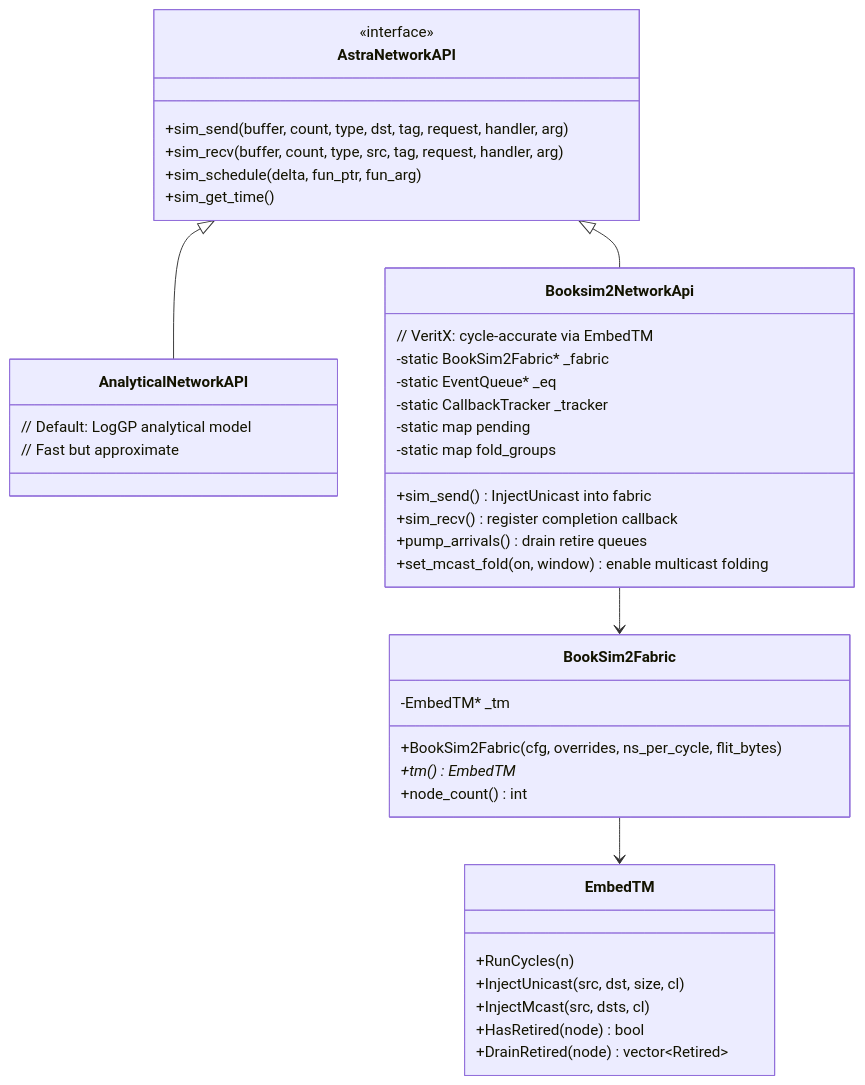
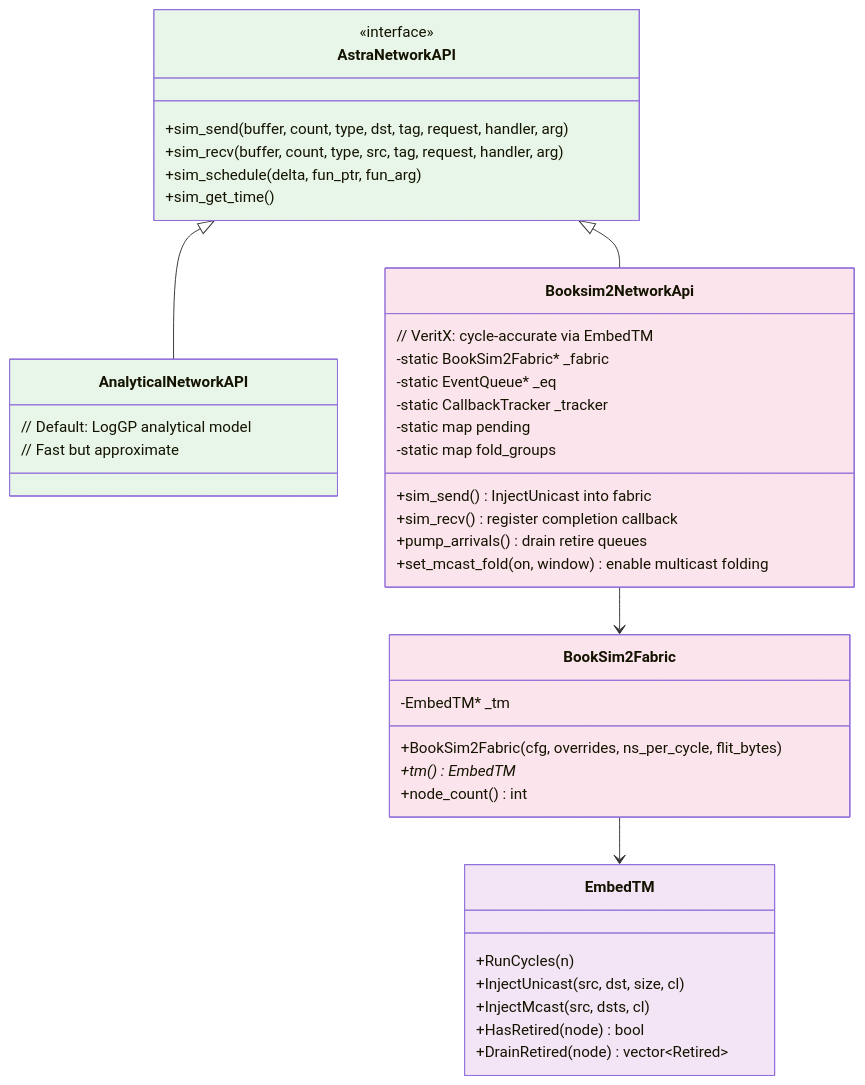
Before and after one commit to Anmol-S314/veritx-research: the fifth of 5 diagrams in serving/README.md, drawn with Mermaid. The commit also changed other lines of this file and 1 other file, not shown here.

First line of the commit message:
docs: color-code all 22 Mermaid diagrams with consistent scheme

````diff
--- a/serving/README.md
+++ b/serving/README.md
@@ -634,48 +657,54 @@
 ```mermaid
 classDiagram
     class AstraNetworkAPI {
         <<interface>>
         +sim_send(buffer, count, type, dst, tag, request, handler, arg)
         +sim_recv(buffer, count, type, src, tag, request, handler, arg)
         +sim_schedule(delta, fun_ptr, fun_arg)
         +sim_get_time()
     }
 
     class AnalyticalNetworkAPI {
         // Default: LogGP analytical model
         // Fast but approximate
     }
 
     class Booksim2NetworkApi {
         // VeritX: cycle-accurate via EmbedTM
         -static BookSim2Fabric* _fabric
         -static EventQueue* _eq
         -static CallbackTracker _tracker
         -static map pending
         -static map fold_groups
         +sim_send() InjectUnicast into fabric
         +sim_recv() register completion callback
         +pump_arrivals() drain retire queues
         +set_mcast_fold(on, window) enable multicast folding
     }
 
     class BookSim2Fabric {
         -EmbedTM* _tm
         +BookSim2Fabric(cfg, overrides, ns_per_cycle, flit_bytes)
         +tm() EmbedTM*
         +node_count() int
     }
 
     class EmbedTM {
         +RunCycles(n)
         +InjectUnicast(src, dst, size, cl)
         +InjectMcast(src, dsts, cl)
         +HasRetired(node) bool
         +DrainRetired(node) vector~Retired~
     }
 
     AstraNetworkAPI <|-- AnalyticalNetworkAPI
     AstraNetworkAPI <|-- Booksim2NetworkApi
     Booksim2NetworkApi --> BookSim2Fabric
+
+    style AstraNetworkAPI fill:#e8f5e9
+    style AnalyticalNetworkAPI fill:#e8f5e9
+    style Booksim2NetworkApi fill:#fce4ec
+    style BookSim2Fabric fill:#fce4ec
+    style EmbedTM fill:#f3e5f5
     BookSim2Fabric --> EmbedTM
 ```
````
